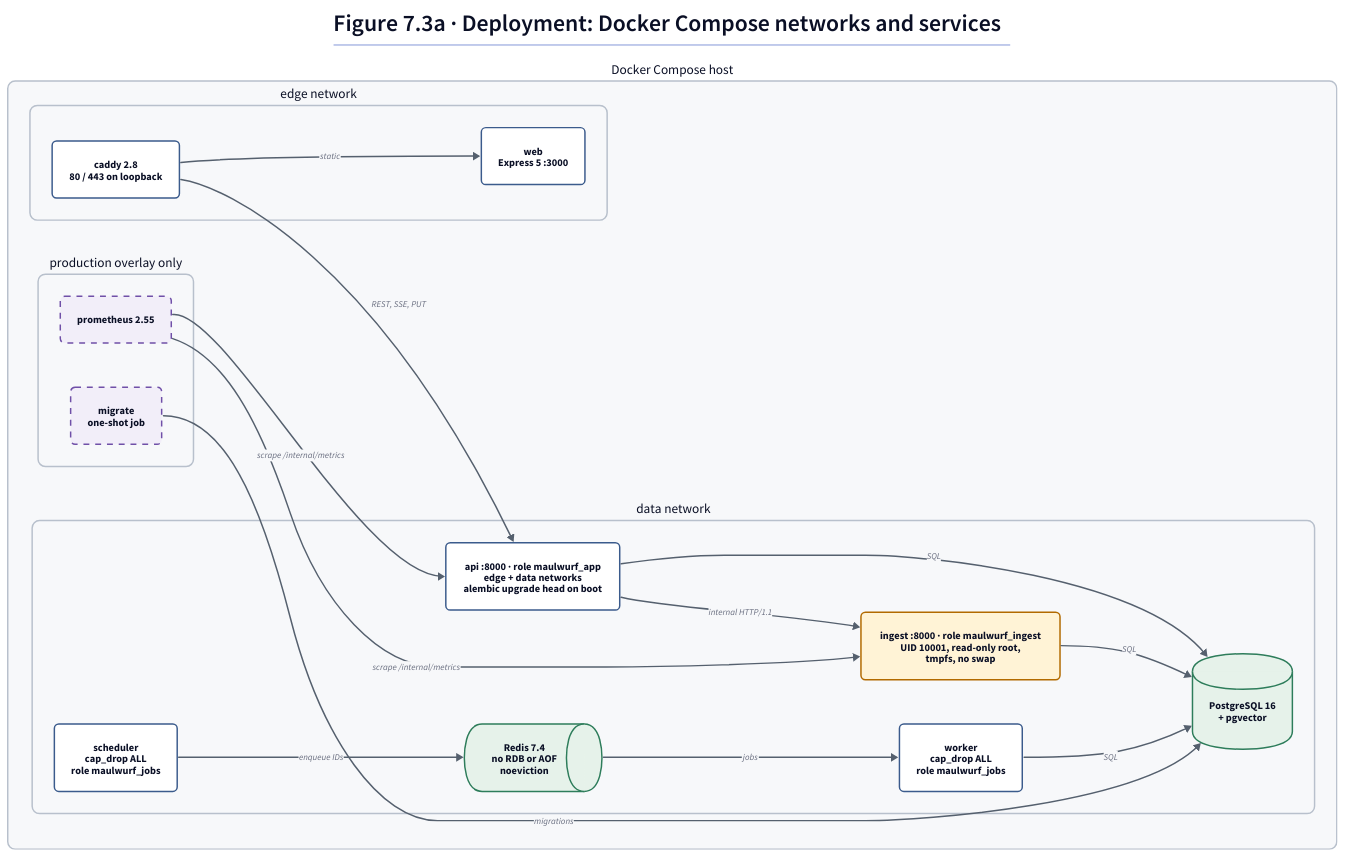
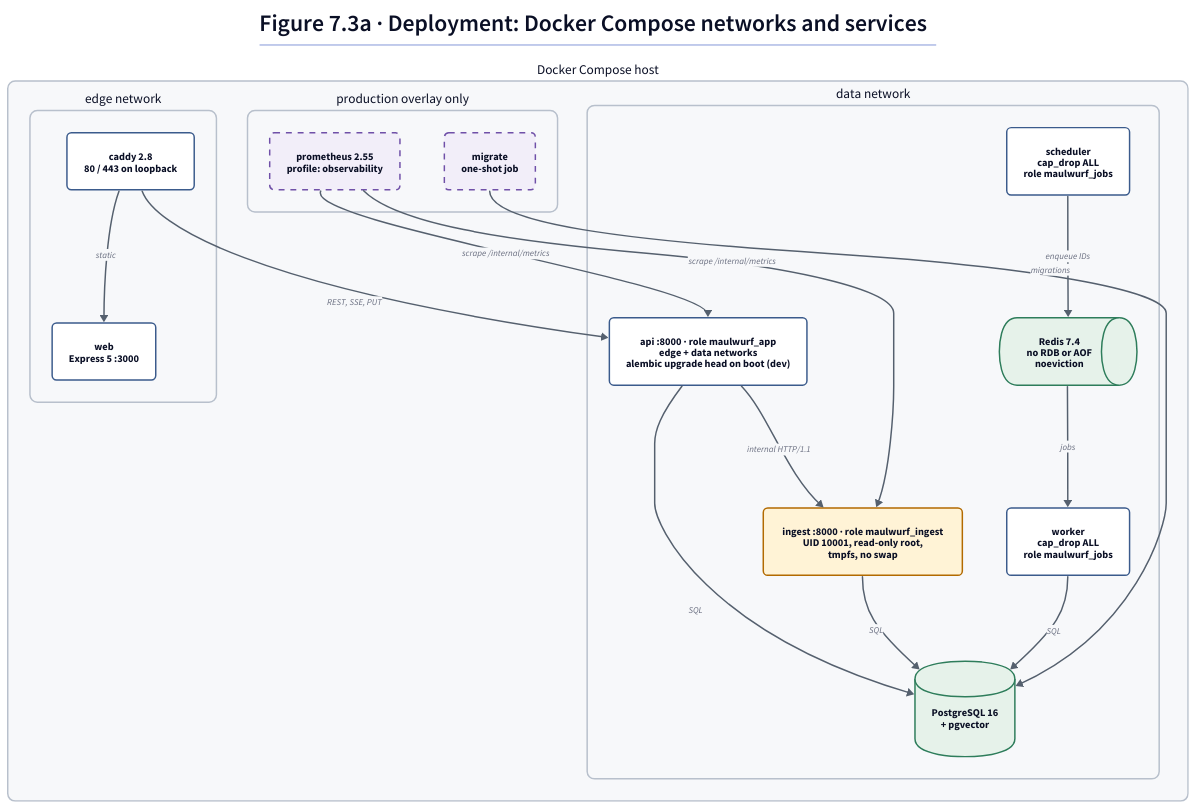
The diagram in Workshop-2/assets/diagrams/03a-deployment-compose.d2 (Nigrumhodo/Maulwurf), drawn with D2 before and after one commit. The commit also changed 14 other files, not shown here.

```diff
--- a/Workshop-2/assets/diagrams/03a-deployment-compose.d2
+++ b/Workshop-2/assets/diagrams/03a-deployment-compose.d2
@@ -1,109 +1,109 @@
 title: |md
   # Figure 7.3a · Deployment: Docker Compose networks and services
 | {near: top-center}
 
-direction: right
+direction: down
 
 classes: {
   zone: {
     style: {
       fill: "#F7F8FA"
       stroke: "#B8C0CC"
       border-radius: 10
       font-size: 18
     }
   }
   svc: {
     style: {
       fill: "#FFFFFF"
       stroke: "#3B5B8C"
       border-radius: 6
       font-size: 14
     }
   }
   ephemeral: {
     style: {
       fill: "#FFF3D6"
       stroke: "#B26A00"
       border-radius: 6
       font-size: 14
     }
   }
   prod: {
     style: {
       fill: "#F2EEF9"
       stroke: "#7050A8"
       border-radius: 6
       stroke-dash: 4
       font-size: 14
     }
   }
   store: {
     shape: cylinder
     style: {
       fill: "#E6F2EA"
       stroke: "#2E7D5B"
       font-size: 14
     }
   }
   bus: {
     shape: queue
     style: {
       fill: "#E6F2EA"
       stroke: "#2E7D5B"
       font-size: 14
     }
   }
   external: {
     shape: cloud
     style: {
       fill: "#EAF0FB"
       stroke: "#4766B8"
       font-size: 14
     }
   }
   flow: {
     style: {
       stroke: "#55606E"
       font-size: 12
     }
   }
 }
 
 host: Docker Compose host {
   class: zone
 
   edge: "edge network" {
     class: zone
     caddy: "caddy 2.8\n80 / 443 on loopback" {class: svc}
     web: "web\nExpress 5 :3000" {class: svc}
   }
 
   data: "data network" {
     class: zone
-    api: "api :8000 · role maulwurf_app\nedge + data networks\nalembic upgrade head on boot" {class: svc}
+    api: "api :8000 · role maulwurf_app\nedge + data networks\nalembic upgrade head on boot (dev)" {class: svc}
     worker: "worker\ncap_drop ALL\nrole maulwurf_jobs" {class: svc}
     scheduler: "scheduler\ncap_drop ALL\nrole maulwurf_jobs" {class: svc}
     ingest: "ingest :8000 · role maulwurf_ingest\nUID 10001, read-only root,\ntmpfs, no swap" {class: ephemeral}
     pg: "PostgreSQL 16\n+ pgvector" {class: store}
     redis: "Redis 7.4\nno RDB or AOF\nnoeviction" {class: bus}
   }
 
   prod: "production overlay only" {
     class: zone
     migrate: "migrate\none-shot job" {class: prod}
-    prom: "prometheus 2.55" {class: prod}
+    prom: "prometheus 2.55\nprofile: observability" {class: prod}
   }
 }
 
 host.edge.caddy -> host.edge.web: "static" {class: flow}
 host.edge.caddy -> host.data.api: "REST, SSE, PUT" {class: flow}
 host.data.api -> host.data.ingest: "internal HTTP/1.1" {class: flow}
 host.data.api -> host.data.pg: "SQL" {class: flow}
 host.data.ingest -> host.data.pg: "SQL" {class: flow}
 host.data.scheduler -> host.data.redis: "enqueue IDs" {class: flow}
 host.data.redis -> host.data.worker: jobs {class: flow}
 host.data.worker -> host.data.pg: "SQL" {class: flow}
 host.prod.migrate -> host.data.pg: "migrations" {class: flow}
 host.prod.prom -> host.data.api: "scrape /internal/metrics" {class: flow}
 host.prod.prom -> host.data.ingest: "scrape /internal/metrics" {class: flow}
```
